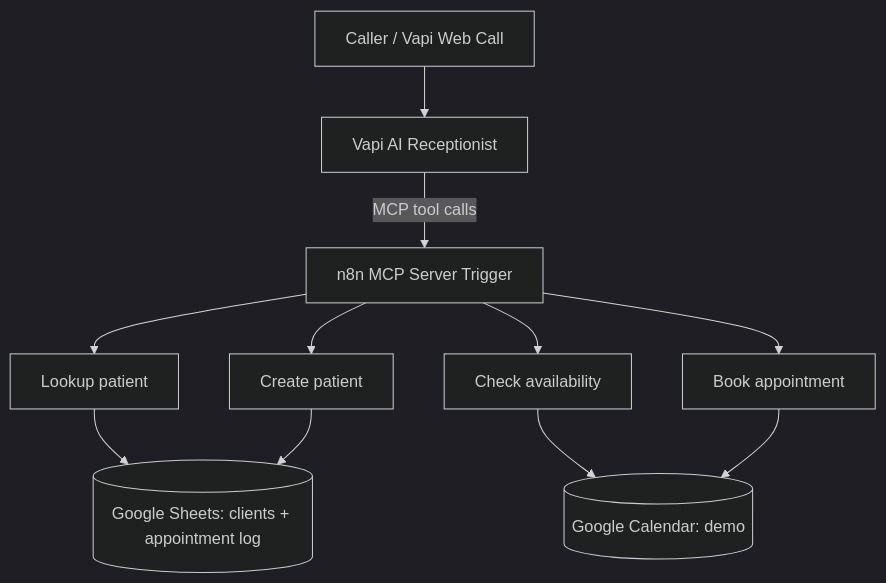
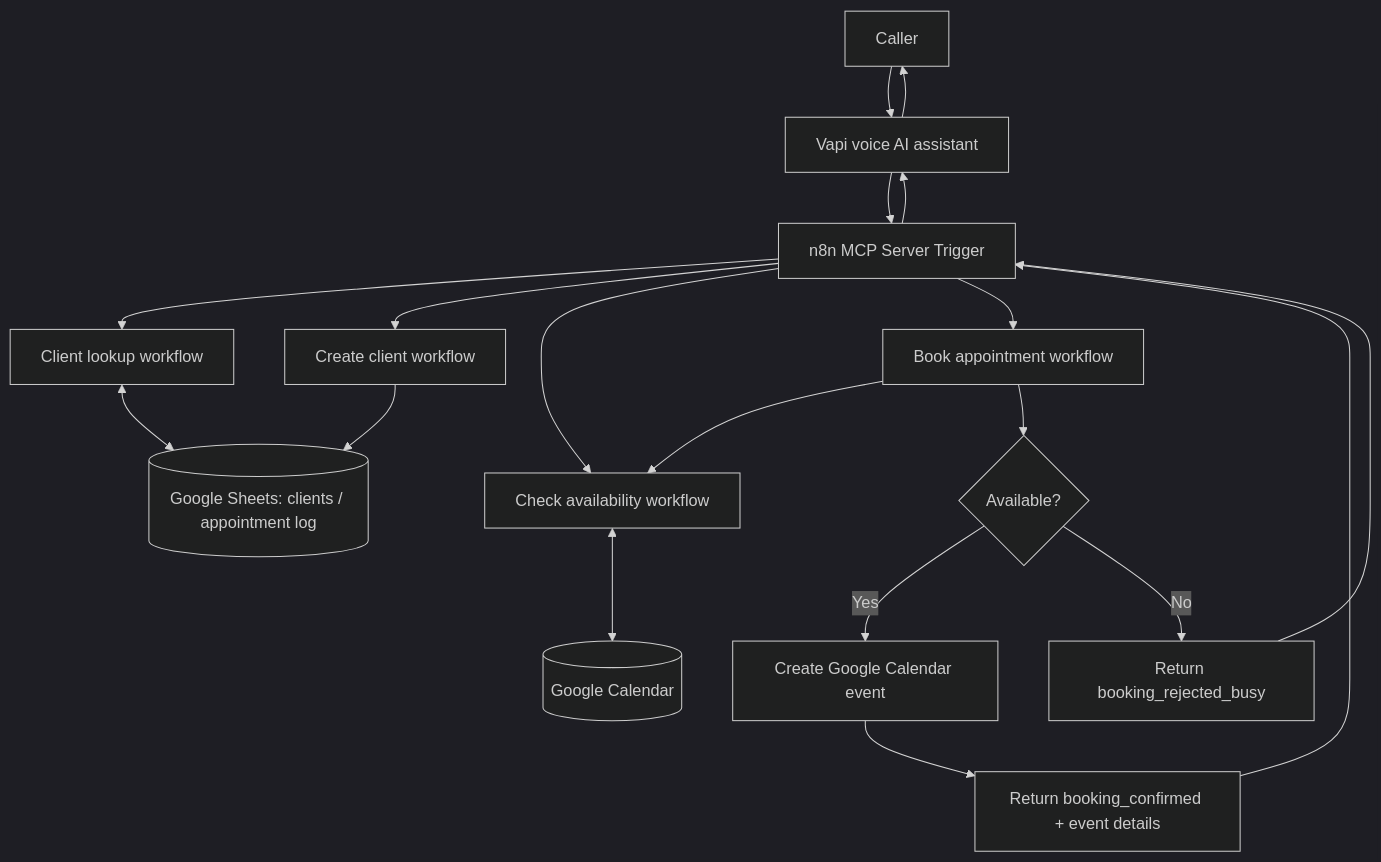
Before and after one commit to sarahsuegirl/Ai-dental-receptionist-vapi-n8n-mcp: the diagram in docs/architecture.md, drawn with Mermaid (dark theme). The commit also changed other lines of this file and 1 other file, not shown here.

````diff
--- a/docs/architecture.md
+++ b/docs/architecture.md
@@ -3,13 +15,21 @@
 ```mermaid
-flowchart TB
-  caller[Caller / Vapi Web Call] --> vapi[Vapi AI Receptionist]
-  vapi -->|MCP tool calls| mcp[n8n MCP Server Trigger]
-  mcp --> lookup[Lookup patient]
-  mcp --> register[Create patient]
-  mcp --> availability[Check availability]
-  mcp --> booking[Book appointment]
-  lookup --> sheets[(Google Sheets: clients + appointment log)]
-  register --> sheets
-  availability --> calendar[(Google Calendar: demo)]
-  booking --> calendar
+flowchart TD
+    A[Caller] --> B[Vapi voice AI assistant]
+    B --> C[n8n MCP Server Trigger]
+    C --> D[Client lookup workflow]
+    C --> E[Create client workflow]
+    C --> F[Check availability workflow]
+    C --> G[Book appointment workflow]
+    D <--> H[(Google Sheets: clients / appointment log)]
+    E --> H
+    F <--> I[(Google Calendar)]
+    G --> F
+    G --> J{Available?}
+    J -- Yes --> K[Create Google Calendar event]
+    J -- No --> L[Return booking_rejected_busy]
+    K --> M[Return booking_confirmed + event details]
+    M --> C
+    L --> C
+    C --> B
+    B --> A
 ```
````
